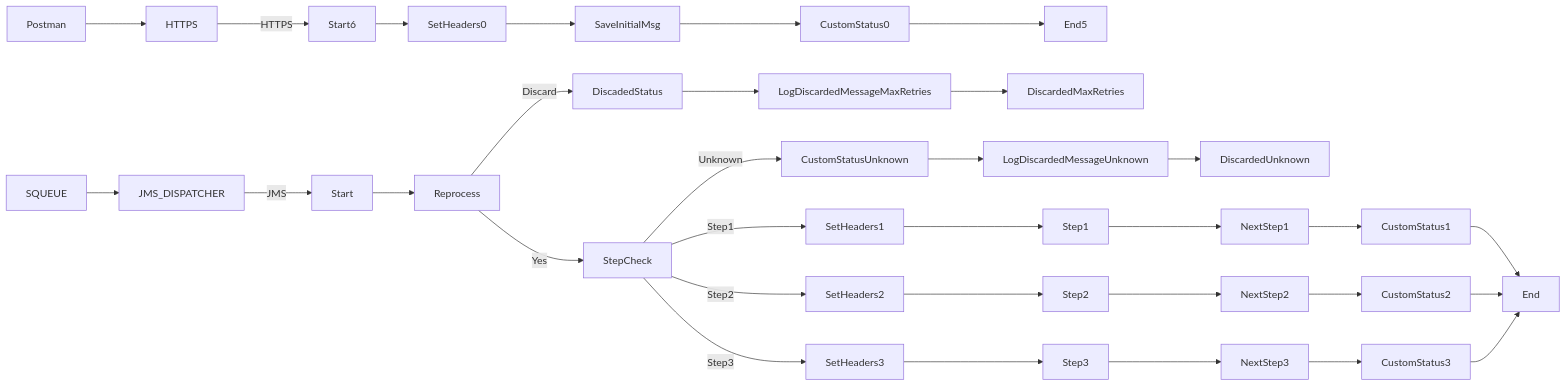
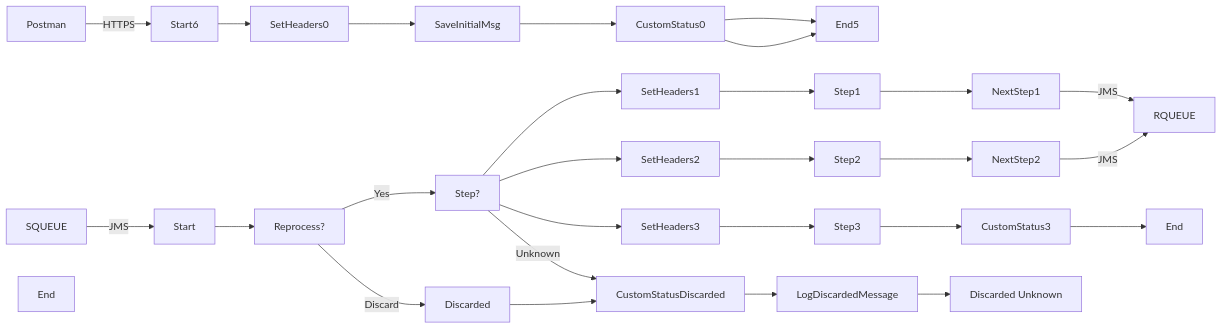
Before and after one commit to Avvale-IA-CICD/AvvaleCPI: the diagram in MMZ - Cell Iflows/SEDA_Model_-_Single_Queue_-_Restart_and_Discard_MMZ-1.0.0/readme.md, drawn with Mermaid. The commit also changed other lines of this file, not shown here.

Commit message:
Add/update documentation for SEDA_Model_-_Single_Queue_-_Restart_and_Discard_MMZ v1.0.0

````diff
--- a/MMZ - Cell Iflows/SEDA_Model_-_Single_Queue_-_Restart_and_Discard_MMZ-1.0.0/readme.md
+++ b/MMZ - Cell Iflows/SEDA_Model_-_Single_Queue_-_Restart_and_Discard_MMZ-1.0.0/readme.md
@@ -4,32 +4,42 @@
 ```mermaid
 graph LR
-    SQUEUE-->JMS_DISPATCHER--JMS-->Start
-    Postman-->HTTPS--HTTPS-->Start6
-    Start6-->SetHeaders0
-    SetHeaders0-->SaveInitialMsg
-    SaveInitialMsg-->CustomStatus0
-    CustomStatus0-->End5
-    Start-->Reprocess
-    Reprocess--Yes-->StepCheck
-    Reprocess--Discard-->DiscadedStatus
-    DiscadedStatus-->LogDiscardedMessageMaxRetries
-    LogDiscardedMessageMaxRetries-->DiscardedMaxRetries
-    StepCheck--Step1-->SetHeaders1
-    StepCheck--Step2-->SetHeaders2
-    StepCheck--Step3-->SetHeaders3
-    StepCheck--Unknown-->CustomStatusUnknown
-    CustomStatusUnknown-->LogDiscardedMessageUnknown
-    LogDiscardedMessageUnknown-->DiscardedUnknown
-    SetHeaders1-->Step1
-    SetHeaders2-->Step2
-    SetHeaders3-->Step3
-    Step1-->NextStep1
-    Step2-->NextStep2
-    Step3-->NextStep3
-    NextStep1-->CustomStatus1
-    NextStep2-->CustomStatus2
-    NextStep3-->CustomStatus3
-    CustomStatus1-->End
-    CustomStatus2-->End
-    CustomStatus3-->End
+    SQUEUE[SQUEUE]
+    Postman[Postman]
+    RQUEUE[RQUEUE]
+
+    SQUEUE -- JMS --> StartEvent
+    Postman -- HTTPS --> StartEvent6
+
+    StartEvent[Start] --> Reprocess?
+    StartEvent6[Start6] --> SetHeaders0
+
+    Reprocess? -- Yes --> Step?
+    Reprocess? -- Discard --> Discarded
+
+    Step?[Step?] --> SetHeaders1
+    Step? --> SetHeaders2
+    Step? --> SetHeaders3
+    Step? -- Unknown --> CustomStatusDiscarded
+
+    SetHeaders0 --> SaveInitialMsg --> CustomStatus0 --> EndEvent5
+
+    SetHeaders1 --> Step1
+    SetHeaders2 --> Step2
+    SetHeaders3 --> Step3
+
+    Step1 --> NextStep1
+    Step2 --> NextStep2
+    Step3 --> CustomStatus3
+
+    NextStep1 -- JMS --> RQUEUE
+    NextStep2 -- JMS --> RQUEUE
+    CustomStatus3 --> End
+
+    CustomStatus0 --> EndEvent5
+    CustomStatusDiscarded --> LogDiscardedMessage --> EndEventDiscarded
+
+    Discarded --> CustomStatusDiscarded
+    EndEvent[End]
+    EndEvent5[End5]
+    EndEventDiscarded[Discarded Unknown]
 ```
````
